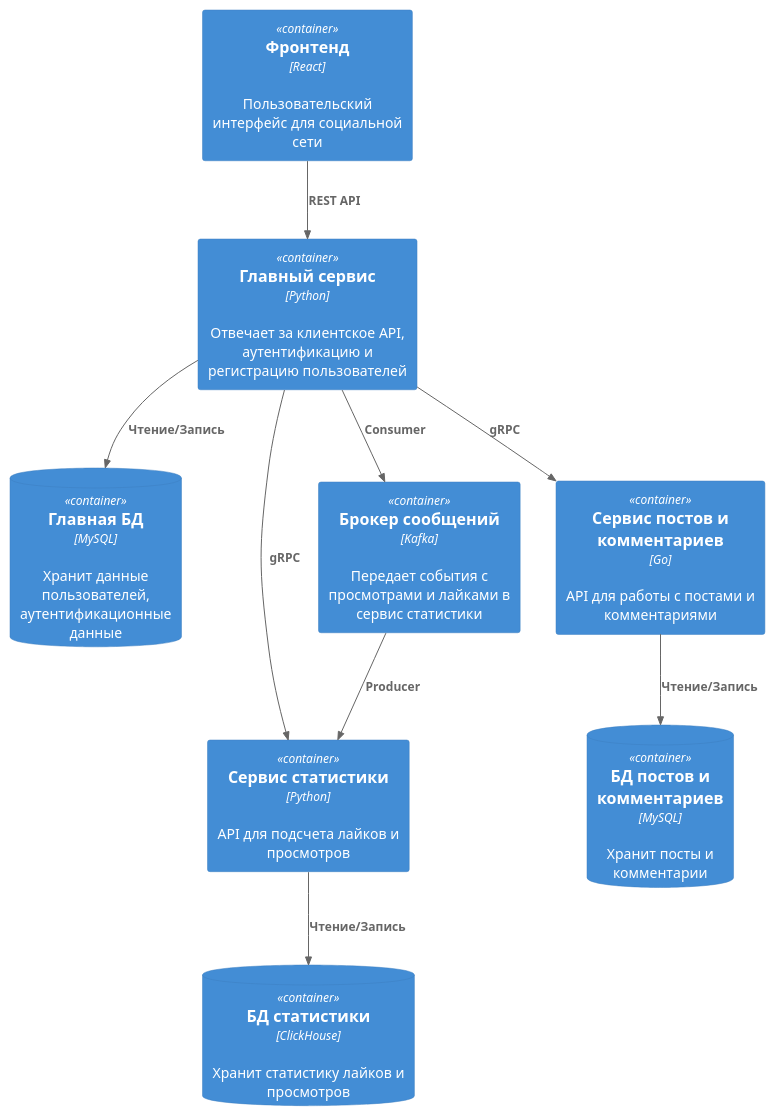
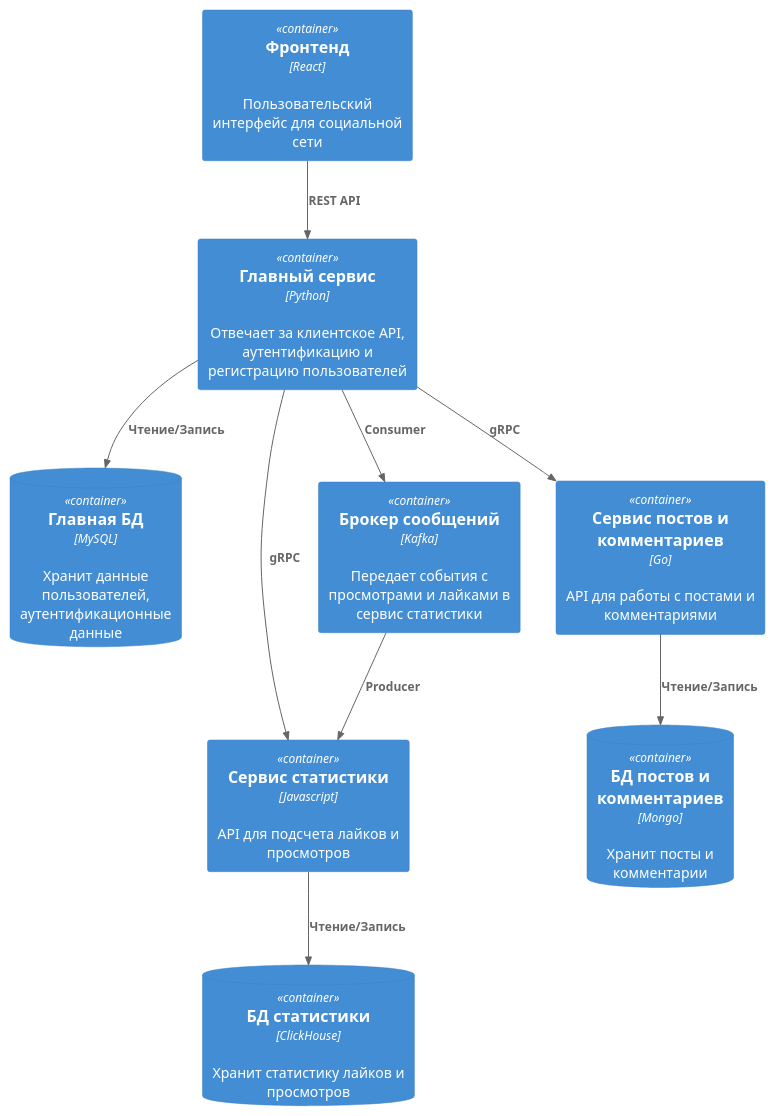
The diagram in doc/c4-conteiners.puml (EugeneDar/soa), drawn with PlantUML before and after one commit. The commit also changed 22 other files, not shown here.

```diff
--- a/doc/c4-conteiners.puml
+++ b/doc/c4-conteiners.puml
@@ -1,22 +1,22 @@
 @startuml
 !includeurl https://raw.githubusercontent.com/plantuml-stdlib/C4-PlantUML/master/C4_Container.puml
 
 Container(main_api, "Главный сервис", "Python", "Отвечает за клиентское API, аутентификацию и регистрацию пользователей")
 ContainerDb(main_db, "Главная БД", "MySQL", "Хранит данные пользователей, аутентификационные данные")
-Container(stat_api, "Сервис статистики", "Python", "API для подсчета лайков и просмотров")
+Container(stat_api, "Сервис статистики", "Javascript", "API для подсчета лайков и просмотров")
 ContainerDb(stat_db, "БД статистики", "ClickHouse", "Хранит статистику лайков и просмотров")
 Container(post_api, "Сервис постов и комментариев", "Go", "API для работы с постами и комментариями")
-ContainerDb(post_db, "БД постов и комментариев", "MySQL", "Хранит посты и комментарии")
+ContainerDb(post_db, "БД постов и комментариев", "Mongo", "Хранит посты и комментарии")
 Container(kafka, "Брокер сообщений", "Kafka", "Передает события с просмотрами и лайками в сервис статистики")
 Container(frontend, "Фронтенд", "React", "Пользовательский интерфейс для социальной сети")
 
 Rel(main_api, main_db, "Чтение/Запись")
 Rel(main_api, stat_api, "gRPC")
 Rel(main_api, post_api, "gRPC")
 Rel(stat_api, stat_db, "Чтение/Запись")
 Rel(post_api, post_db, "Чтение/Запись")
 Rel(frontend, main_api, "REST API")
 Rel(kafka, stat_api, "Producer")
 Rel(main_api, kafka, "Consumer")
 
 @enduml
```
